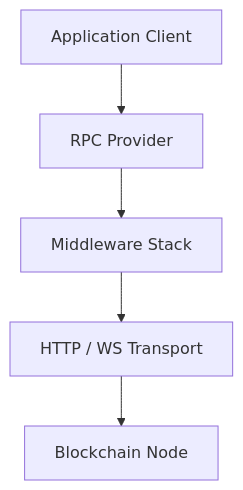
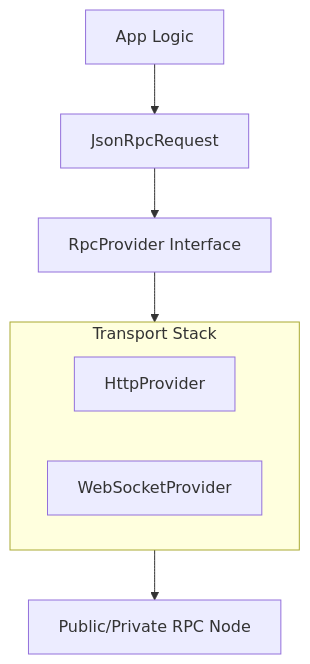
Before and after one commit to ImL1s/dart_web3: the diagram in dart_web3/packages/provider/README.md, drawn with Mermaid. The commit also changed other lines of this file and 31 other files, not shown here.

````diff
--- a/dart_web3/packages/provider/README.md
+++ b/dart_web3/packages/provider/README.md
@@ -15,7 +17,13 @@
 ```mermaid
 graph TD
-    Client[Application Client] --> Provider[RPC Provider]
-    Provider --> Middleware[Middleware Stack]
-    Middleware --> Transport[HTTP / WS Transport]
-    Transport --> Node[Blockchain Node]
+    App[App Logic] --> Request[JsonRpcRequest]
+    Request --> Provider[RpcProvider Interface]
+    
+    subgraph Transports [Transport Stack]
+        Http[HttpProvider]
+        WS[WebSocketProvider]
+    end
+    
+    Provider --> Transports
+    Transports --> Network[Public/Private RPC Node]
 ```
````
